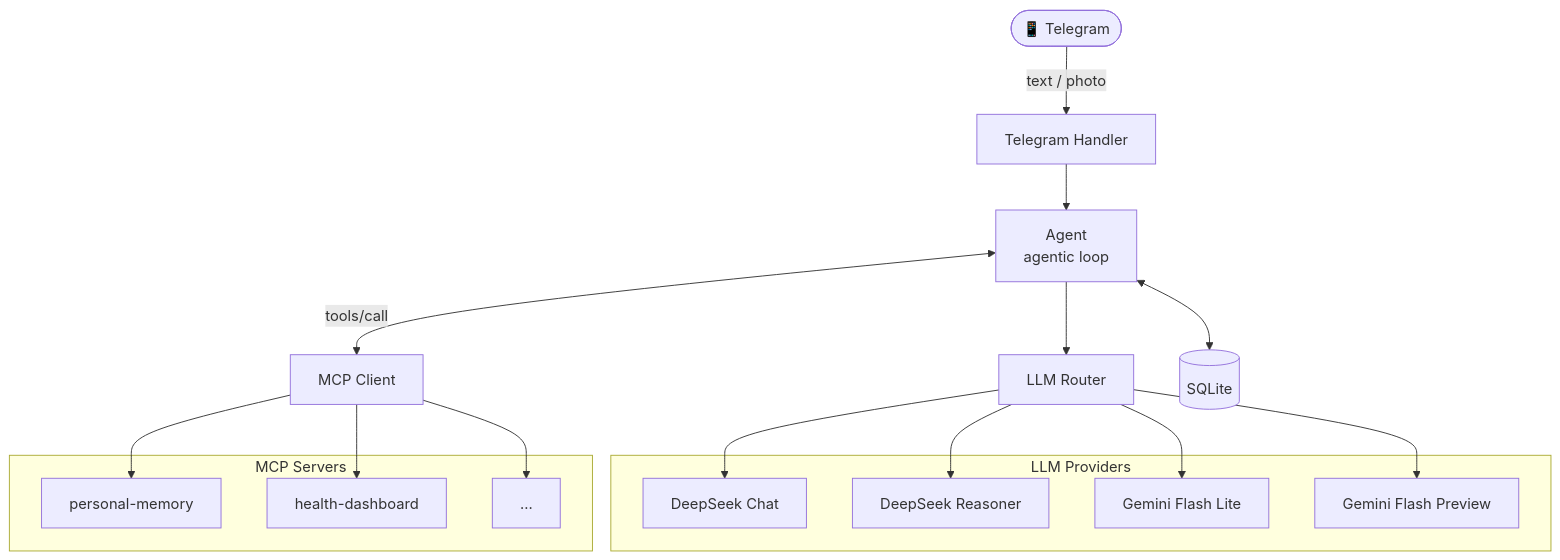
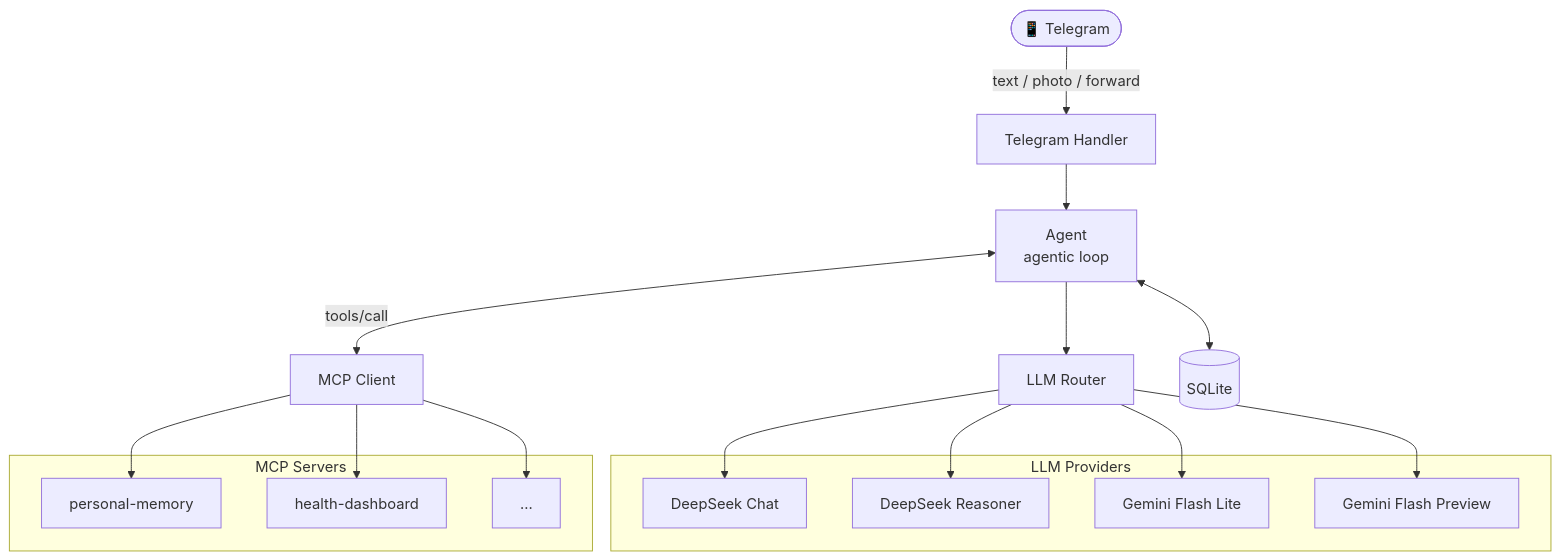
One commit to Dzarlax-AI/personal_assistant changed the diagram in README.md. Above: the diagram before and after it, drawn with Mermaid. The commit also changed other lines of this file and 7 other files, not shown here.

````diff
--- a/README.md
+++ b/README.md
@@ -187,35 +189,35 @@
 ```mermaid
 flowchart TD
     User(["📱 Telegram"])
     Handler["Telegram Handler"]
     Agent["Agent\nagentic loop"]
     Router["LLM Router"]
     MCP["MCP Client"]
     Store[("SQLite")]
 
     subgraph LLMs ["LLM Providers"]
         DS["DeepSeek Chat"]
         DSR["DeepSeek Reasoner"]
         GL["Gemini Flash Lite"]
         GM["Gemini Flash Preview"]
     end
 
     subgraph Servers ["MCP Servers"]
         S1["personal-memory"]
         S2["health-dashboard"]
         S3["..."]
     end
 
-    User -->|"text / photo"| Handler
+    User -->|"text / photo / forward"| Handler
     Handler --> Agent
     Agent <--> Store
     Agent --> Router
     Agent <-->|"tools/call"| MCP
     Router --> DS
     Router --> DSR
     Router --> GL
     Router --> GM
     MCP --> S1
     MCP --> S2
     MCP --> S3
 ```
````
